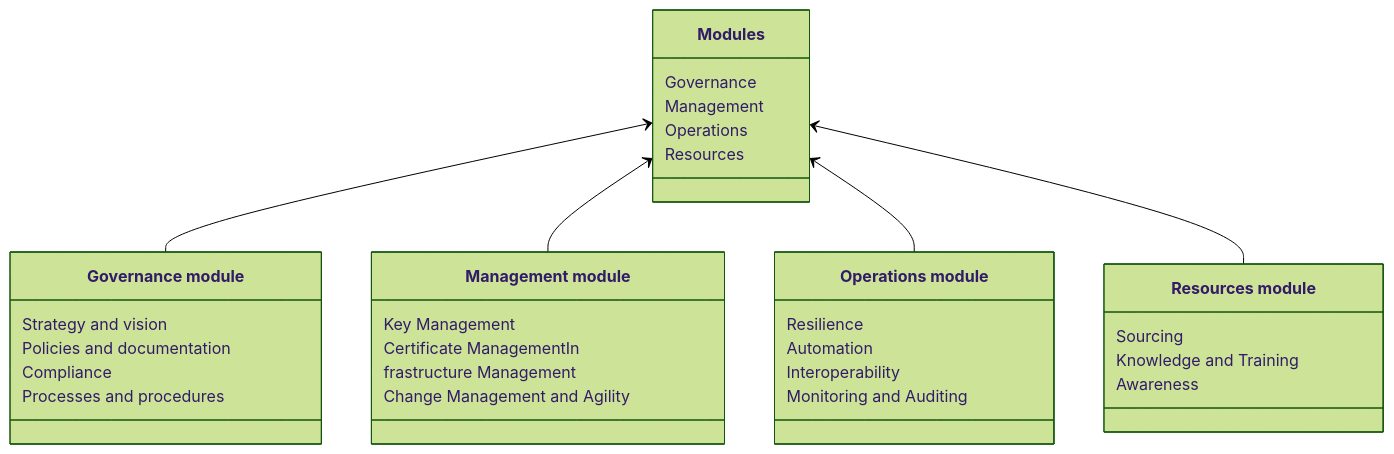
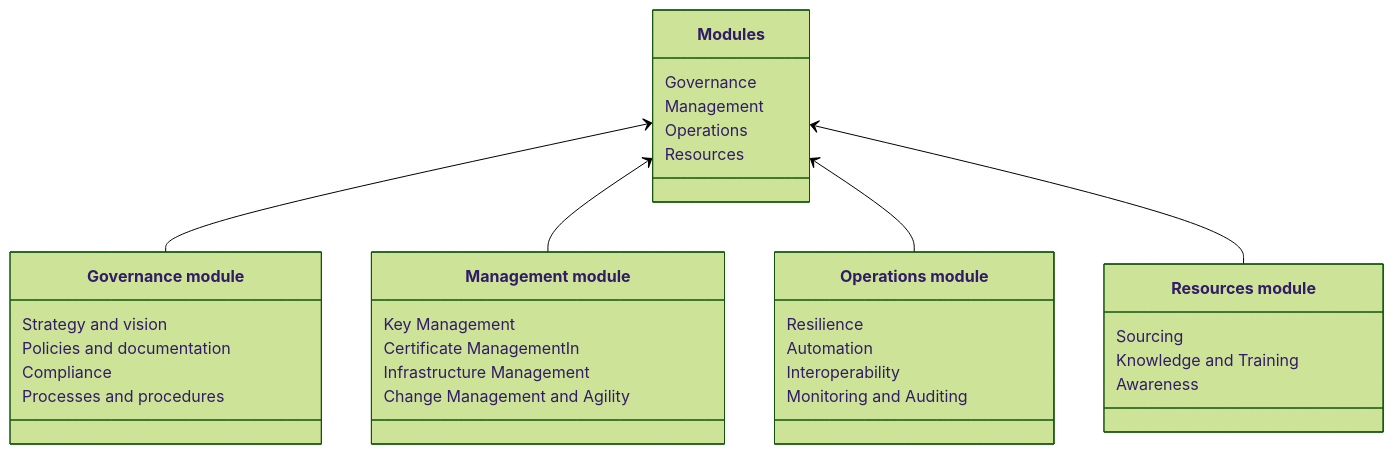
The diagram in model/maturity-modules/_index.md (pkic/pkimm), drawn with Mermaid (forest theme) before and after one commit. The commit also changed 1 other file, not shown here.

Commit message:
Minor fixes

````diff
--- a/model/maturity-modules/_index.md
+++ b/model/maturity-modules/_index.md
@@ -23,39 +23,37 @@
 ```mermaid
 classDiagram
-    direction TB
-    
-    class Modules["Modules"]{
-        Governance
-        Management
-        Operations
-        Resources
-    }
-    class Governance["Governance module"]{
-        Strategy and vision
-        Policies and documentation
-        Compliance
-        Processes and procedures
-    }
-    class Management["Management module"]{
-        Key Management
-        Certificate ManagementIn
-        frastructure Management
-        Change Management and Agility
-    }
-    class Operations["Operations module"]{
-        Resilience
-        Automation
-        Interoperability
-        Monitoring and Auditing
-    }
-    class Resources["Resources module"]{
-        Sourcing
-        Knowledge and Training
-        Awareness
-    }
-    
-    Modules <-- Governance
-    Modules <-- Management
-    Modules <-- Operations
-    Modules <-- Resources
+  direction TB
+  class Modules["Modules"]{
+    Governance
+    Management
+    Operations
+    Resources
+  }
+  class Governance["Governance module"]{
+    Strategy and vision
+    Policies and documentation
+    Compliance
+    Processes and procedures
+  }
+  class Management["Management module"]{
+    Key Management
+    Certificate ManagementIn
+    Infrastructure Management
+    Change Management and Agility
+  }
+  class Operations["Operations module"]{
+    Resilience
+    Automation
+    Interoperability
+    Monitoring and Auditing
+  }
+  class Resources["Resources module"]{
+    Sourcing
+    Knowledge and Training
+    Awareness
+  }
+  Modules <-- Governance
+  Modules <-- Management
+  Modules <-- Operations
+  Modules <-- Resources
 ```
````
